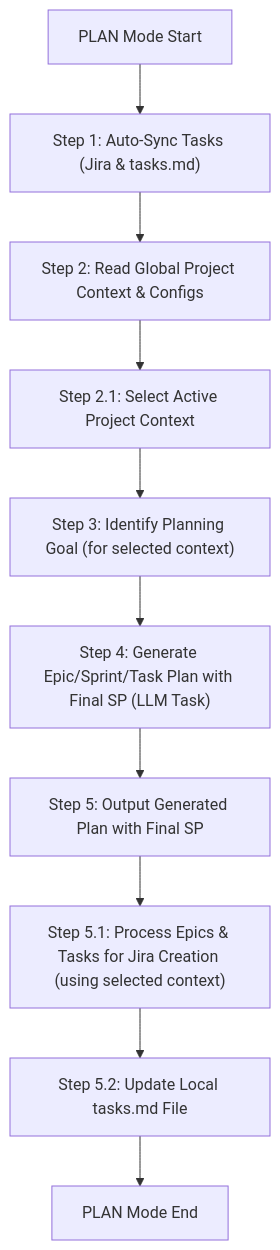
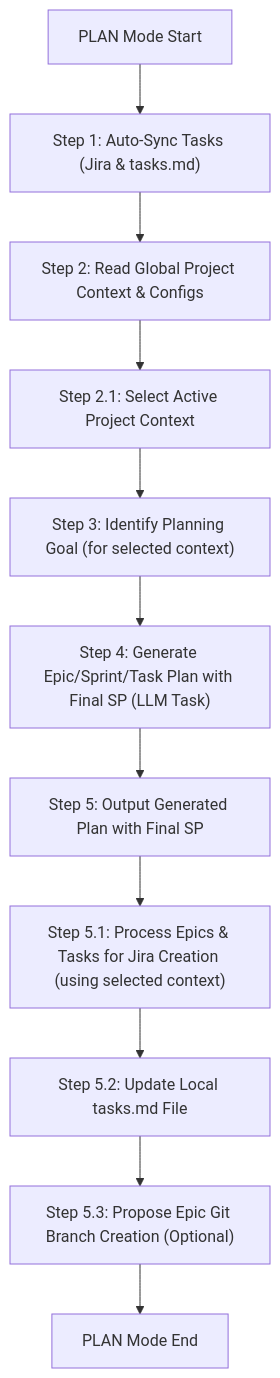
The diagram in .cursor/rules/isolation_rules/visual-maps/plan-mode-map.mdc (ms-moar/cursor-tools), drawn with Mermaid before and after one commit. The commit also changed other lines of this file and 42 other files, not shown here.

````diff
--- a/.cursor/rules/isolation_rules/visual-maps/plan-mode-map.mdc
+++ b/.cursor/rules/isolation_rules/visual-maps/plan-mode-map.mdc
@@ -13,12 +13,13 @@
 ```mermaid
 graph TD
     Start["PLAN Mode Start"] --> AutoSync["Step 1: Auto-Sync Tasks (Jira & tasks.md)"]
     AutoSync --> ReadGlobalContext["Step 2: Read Global Project Context & Configs"]
     ReadGlobalContext --> SelectActiveContext["Step 2.1: Select Active Project Context"]
     SelectActiveContext --> IdentifyGoal["Step 3: Identify Planning Goal (for selected context)"]
     IdentifyGoal --> GeneratePlanWithSP["Step 4: Generate Epic/Sprint/Task Plan with Final SP (LLM Task)"]
     GeneratePlanWithSP --> OutputPlan["Step 5: Output Generated Plan with Final SP"]
     OutputPlan --> JiraSync["Step 5.1: Process Epics & Tasks for Jira Creation (using selected context)"]
     JiraSync --> UpdateTasksMD["Step 5.2: Update Local tasks.md File"]
-    UpdateTasksMD --> End["PLAN Mode End"]
+    UpdateTasksMD --> ProposeEpicBranch["Step 5.3: Propose Epic Git Branch Creation (Optional)"]
+    ProposeEpicBranch --> End["PLAN Mode End"]
 ```
````
